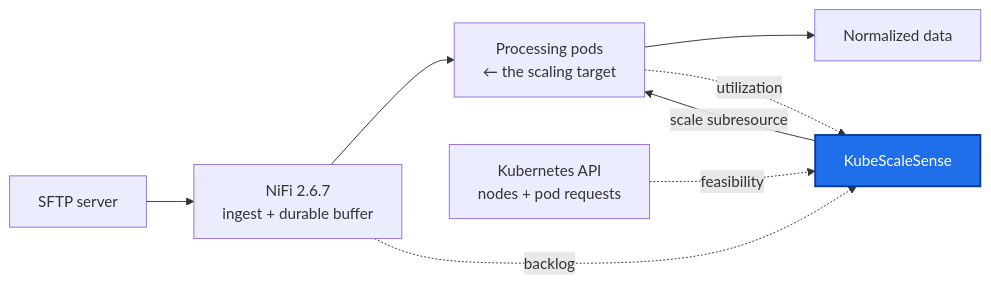
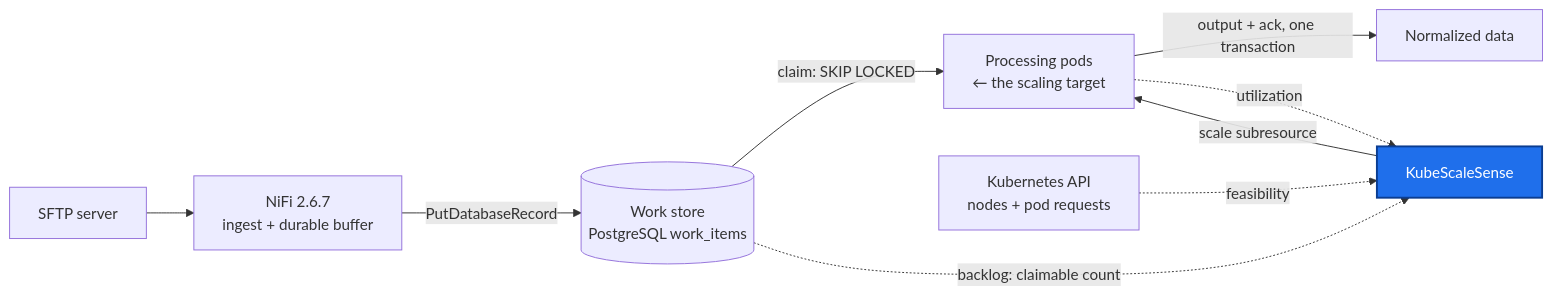
One commit to jensilin/KubeScaleSense changed the second of 2 diagrams in README.md. Above: the diagram before and after it, drawn with Mermaid. The commit also changed other lines of this file and 6 other files, not shown here.

First line of the commit message:
docs: Phase 1 architecture closure - durable work store and open questions

````diff
--- a/README.md
+++ b/README.md
@@ -77,13 +77,14 @@
 ```mermaid
 flowchart LR
     SFTP["SFTP server"] --> NIFI["NiFi 2.6.7<br/>ingest + durable buffer"]
-    NIFI --> PROC["Processing pods<br/>← the scaling target"]
-    PROC --> OUT["Normalized data"]
+    NIFI -->|PutDatabaseRecord| WS[("Work store<br/>PostgreSQL work_items")]
+    WS -->|"claim: SKIP LOCKED"| PROC["Processing pods<br/>← the scaling target"]
+    PROC -->|"output + ack, one transaction"| OUT["Normalized data"]
     KSS["KubeScaleSense"] -->|"scale subresource"| PROC
-    NIFI -.->|backlog| KSS
+    WS -.->|"backlog: claimable count"| KSS
     PROC -.->|utilization| KSS
     K8S["Kubernetes API<br/>nodes + pod requests"] -.->|feasibility| KSS
 
     classDef ctrl fill:#1f6feb,color:#fff,stroke:#0b3d91,stroke-width:2px
     class KSS ctrl
 ```
````
